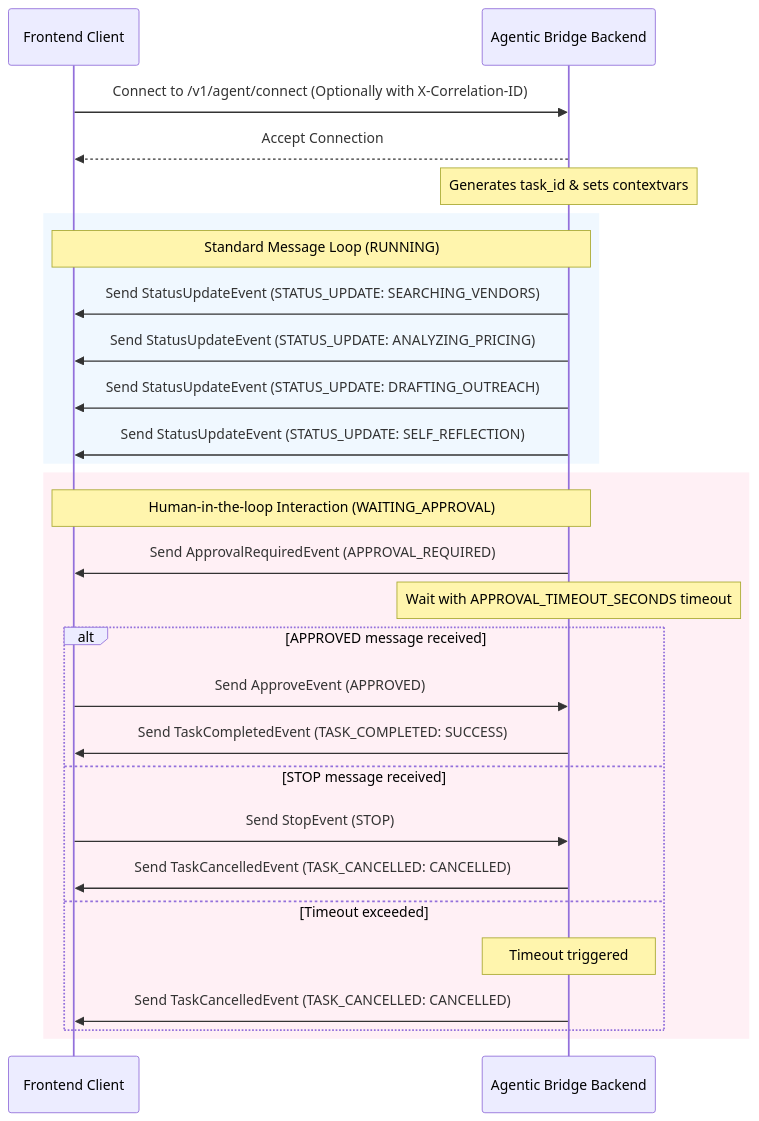
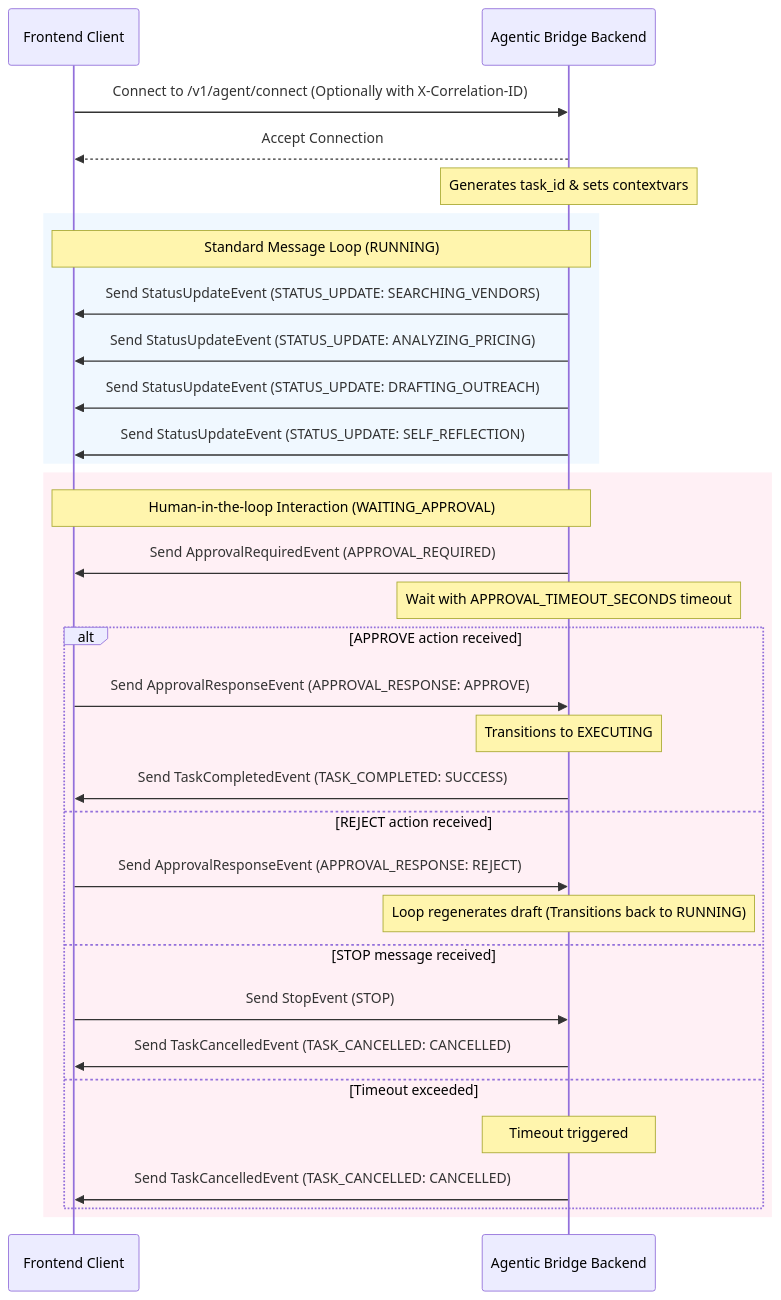
The second of 2 diagrams in backend/docs/websocket-architecture.md (devindersingh79904/agentic-communication-bridge), drawn with Mermaid before and after one commit. The commit also changed other lines of this file and 10 other files, not shown here.

````diff
--- a/backend/docs/websocket-architecture.md
+++ b/backend/docs/websocket-architecture.md
@@ -58,33 +62,37 @@
 ```mermaid
 sequenceDiagram
     participant Client as Frontend Client
     participant Server as Agentic Bridge Backend
     
     Client->>Server: Connect to /v1/agent/connect (Optionally with X-Correlation-ID)
     Server-->>Client: Accept Connection
     Note over Server: Generates task_id & sets contextvars
     
     rect rgb(240, 248, 255)
         Note over Server, Client: Standard Message Loop (RUNNING)
         Server->>Client: Send StatusUpdateEvent (STATUS_UPDATE: SEARCHING_VENDORS)
         Server->>Client: Send StatusUpdateEvent (STATUS_UPDATE: ANALYZING_PRICING)
         Server->>Client: Send StatusUpdateEvent (STATUS_UPDATE: DRAFTING_OUTREACH)
         Server->>Client: Send StatusUpdateEvent (STATUS_UPDATE: SELF_REFLECTION)
     end
 
     rect rgb(255, 240, 245)
         Note over Server, Client: Human-in-the-loop Interaction (WAITING_APPROVAL)
         Server->>Client: Send ApprovalRequiredEvent (APPROVAL_REQUIRED)
         Note over Server: Wait with APPROVAL_TIMEOUT_SECONDS timeout
-        alt APPROVED message received
-            Client->>Server: Send ApproveEvent (APPROVED)
+        alt APPROVE action received
+            Client->>Server: Send ApprovalResponseEvent (APPROVAL_RESPONSE: APPROVE)
+            Note over Server: Transitions to EXECUTING
             Server->>Client: Send TaskCompletedEvent (TASK_COMPLETED: SUCCESS)
+        else REJECT action received
+            Client->>Server: Send ApprovalResponseEvent (APPROVAL_RESPONSE: REJECT)
+            Note over Server: Loop regenerates draft (Transitions back to RUNNING)
         else STOP message received
             Client->>Server: Send StopEvent (STOP)
             Server->>Client: Send TaskCancelledEvent (TASK_CANCELLED: CANCELLED)
         else Timeout exceeded
             Note over Server: Timeout triggered
             Server->>Client: Send TaskCancelledEvent (TASK_CANCELLED: CANCELLED)
         end
     end
 ```
````
